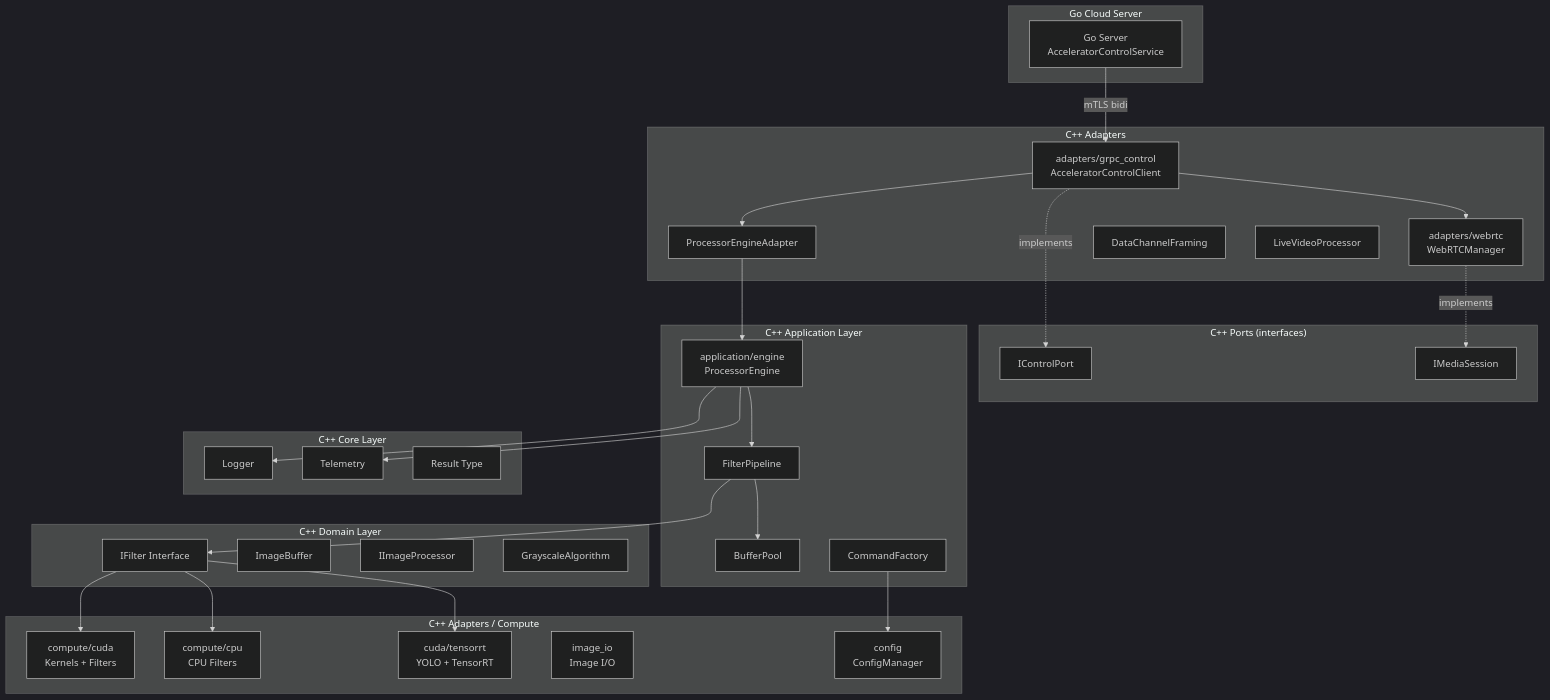
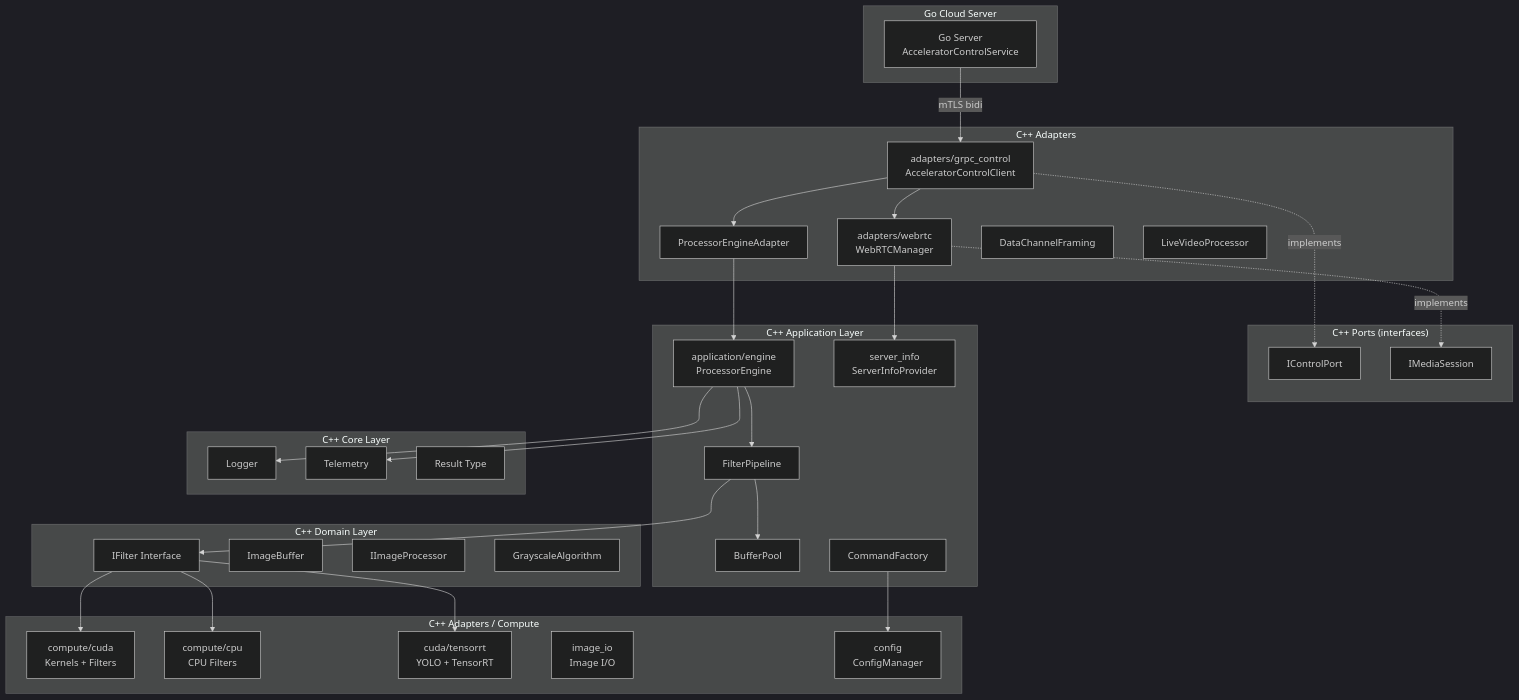
One commit to josnelihurt/learning-cuda changed the second of 6 diagrams in src/cpp_accelerator/README.md. Above: the diagram before and after it, drawn with Mermaid (dark theme). The commit also changed other lines of this file and 21 other files, not shown here.

````diff
--- a/src/cpp_accelerator/README.md
+++ b/src/cpp_accelerator/README.md
@@ -89,64 +89,66 @@
 ```mermaid
 graph TB
     subgraph "Go Cloud Server"
         GoServer[Go Server<br/>AcceleratorControlService]
     end
 
     subgraph "C++ Ports (interfaces)"
         IControlPort[IControlPort]
         IMediaSession[IMediaSession]
     end
 
     subgraph "C++ Adapters"
         AccelClient[adapters/grpc_control<br/>AcceleratorControlClient]
         Provider[ProcessorEngineAdapter]
         WebRTCPort[adapters/webrtc<br/>WebRTCManager]
         DataChannelFraming[DataChannelFraming]
         LiveVideoProcessor[LiveVideoProcessor]
     end
 
     subgraph "C++ Application Layer"
         ProcessorEngine[application/engine<br/>ProcessorEngine]
+        ServerInfo[server_info<br/>ServerInfoProvider]
         FilterPipeline[FilterPipeline]
         BufferPool[BufferPool]
         CommandFactory[CommandFactory]
     end
 
     subgraph "C++ Domain Layer"
         IFilter[IFilter Interface]
         ImageBuffer[ImageBuffer]
         IImageProcessor[IImageProcessor]
         GrayscaleAlgorithm[GrayscaleAlgorithm]
     end
 
     subgraph "C++ Adapters / Compute"
         CudaFilters[compute/cuda<br/>Kernels + Filters]
         CpuFilters[compute/cpu<br/>CPU Filters]
         TRTInference[cuda/tensorrt<br/>YOLO + TensorRT]
         ImageIO[image_io<br/>Image I/O]
         ConfigManager[config<br/>ConfigManager]
     end
 
     subgraph "C++ Core Layer"
         Logger[Logger]
         Telemetry[Telemetry]
         Result[Result Type]
     end
 
     GoServer -->|mTLS bidi| AccelClient
     AccelClient -.->|implements| IControlPort
     WebRTCPort -.->|implements| IMediaSession
     AccelClient --> Provider
     Provider --> ProcessorEngine
     AccelClient --> WebRTCPort
+    WebRTCPort --> ServerInfo
 
     ProcessorEngine --> FilterPipeline
     FilterPipeline --> BufferPool
     FilterPipeline --> IFilter
     IFilter --> CudaFilters
     IFilter --> CpuFilters
     IFilter --> TRTInference
     CommandFactory --> ConfigManager
     ProcessorEngine --> Logger
     ProcessorEngine --> Telemetry
 ```
````
